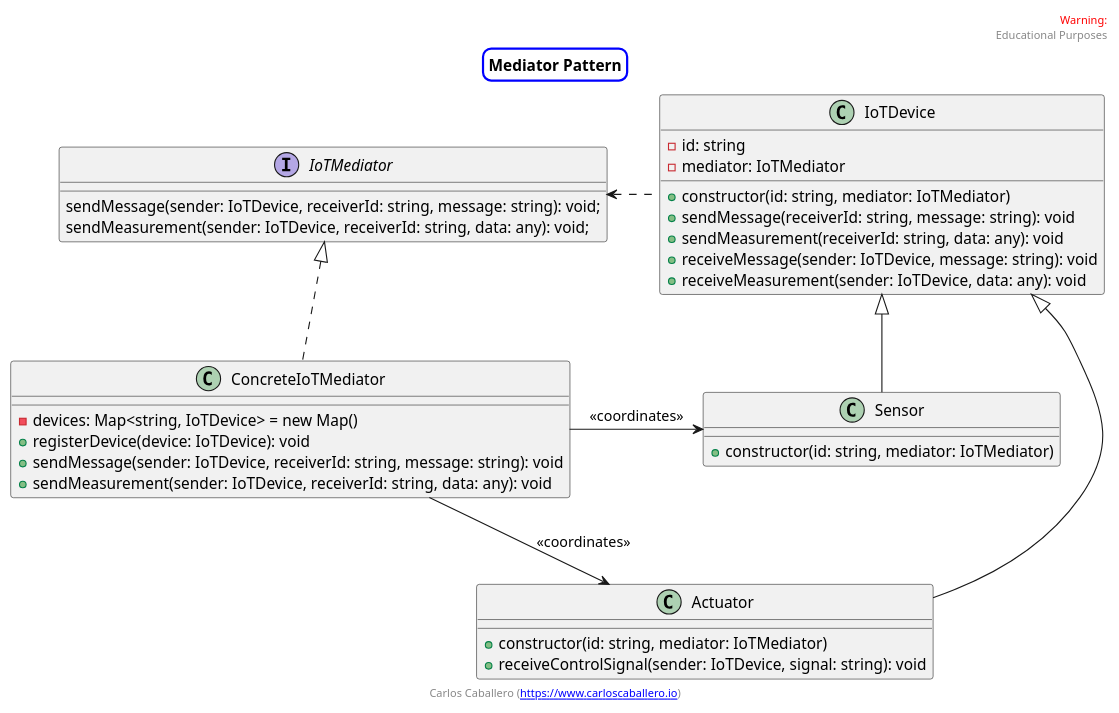
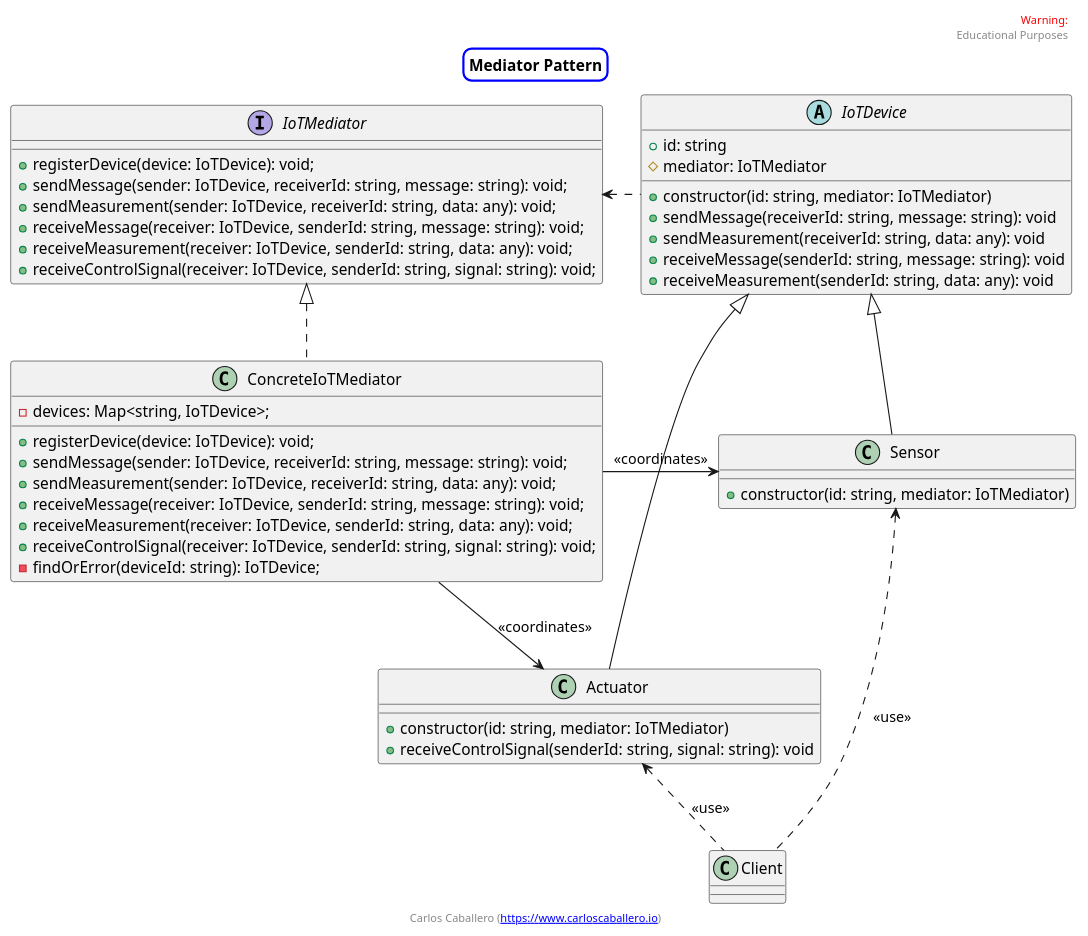
Before and after one commit to Caballerog/blog: the diagram in mediator-pattern/example2/solution/uml.puml, drawn with PlantUML. The commit also changed 8 other files, not shown here.

```diff
--- a/mediator-pattern/example2/solution/uml.puml
+++ b/mediator-pattern/example2/solution/uml.puml
@@ -2,62 +2,73 @@
 @startuml
 skinparam titleBorderRoundCorner 15
 skinparam titleBorderThickness 2
 skinparam titleBorderColor blue
 
 
 header
 <font color=red>Warning:</font>
 Educational Purposes
 endheader
 
 center footer Carlos Caballero ([[https://www.carloscaballero.io https://www.carloscaballero.io]])
 
 
 title Mediator Pattern
 
 interface IoTMediator {
-  sendMessage(sender: IoTDevice, receiverId: string, message: string): void;
-  sendMeasurement(sender: IoTDevice, receiverId: string, data: any): void;
+  + registerDevice(device: IoTDevice): void;
+  + sendMessage(sender: IoTDevice, receiverId: string, message: string): void;
+  + sendMeasurement(sender: IoTDevice, receiverId: string, data: any): void;
+  + receiveMessage(receiver: IoTDevice, senderId: string, message: string): void;
+  + receiveMeasurement(receiver: IoTDevice, senderId: string, data: any): void;
+  + receiveControlSignal(receiver: IoTDevice, senderId: string, signal: string): void;
 }
 
 
 class ConcreteIoTMediator  {
-  - devices: Map<string, IoTDevice> = new Map()
-  + registerDevice(device: IoTDevice): void
-  + sendMessage(sender: IoTDevice, receiverId: string, message: string): void
-  + sendMeasurement(sender: IoTDevice, receiverId: string, data: any): void
+  - devices: Map<string, IoTDevice>;
+  + registerDevice(device: IoTDevice): void;
+  + sendMessage(sender: IoTDevice, receiverId: string, message: string): void;
+  + sendMeasurement(sender: IoTDevice, receiverId: string, data: any): void;
+  + receiveMessage(receiver: IoTDevice, senderId: string, message: string): void;
+  + receiveMeasurement(receiver: IoTDevice, senderId: string, data: any): void;
+  + receiveControlSignal(receiver: IoTDevice, senderId: string, signal: string): void;
+  - findOrError(deviceId: string): IoTDevice;
 }
 
 
-class IoTDevice {
-  - id: string
-  - mediator: IoTMediator
+abstract class IoTDevice {
+  + id: string
+  # mediator: IoTMediator
 
   + constructor(id: string, mediator: IoTMediator)
   + sendMessage(receiverId: string, message: string): void
   + sendMeasurement(receiverId: string, data: any): void
-  + receiveMessage(sender: IoTDevice, message: string): void
-  + receiveMeasurement(sender: IoTDevice, data: any): void
+  + receiveMessage(senderId: string, message: string): void
+  + receiveMeasurement(senderId: string, data: any): void
 }
 
 class Sensor {
   + constructor(id: string, mediator: IoTMediator)
 }
 
 
 class Actuator {
   + constructor(id: string, mediator: IoTMediator)
-  + receiveControlSignal(sender: IoTDevice, signal: string): void
+  + receiveControlSignal(senderId: string, signal: string): void
 }
 
 
 IoTMediator <. IoTDevice 
 
 IoTDevice <|-- Sensor
 IoTDevice <|-- Actuator
 IoTMediator <|.. ConcreteIoTMediator
 
 ConcreteIoTMediator -> Sensor: "<<coordinates>>"
 ConcreteIoTMediator --> Actuator: "<<coordinates>>"
 
+Sensor <.. Client : "<<use>>"
+Actuator <.. Client  : "<<use>>"
+
 @enduml
```
